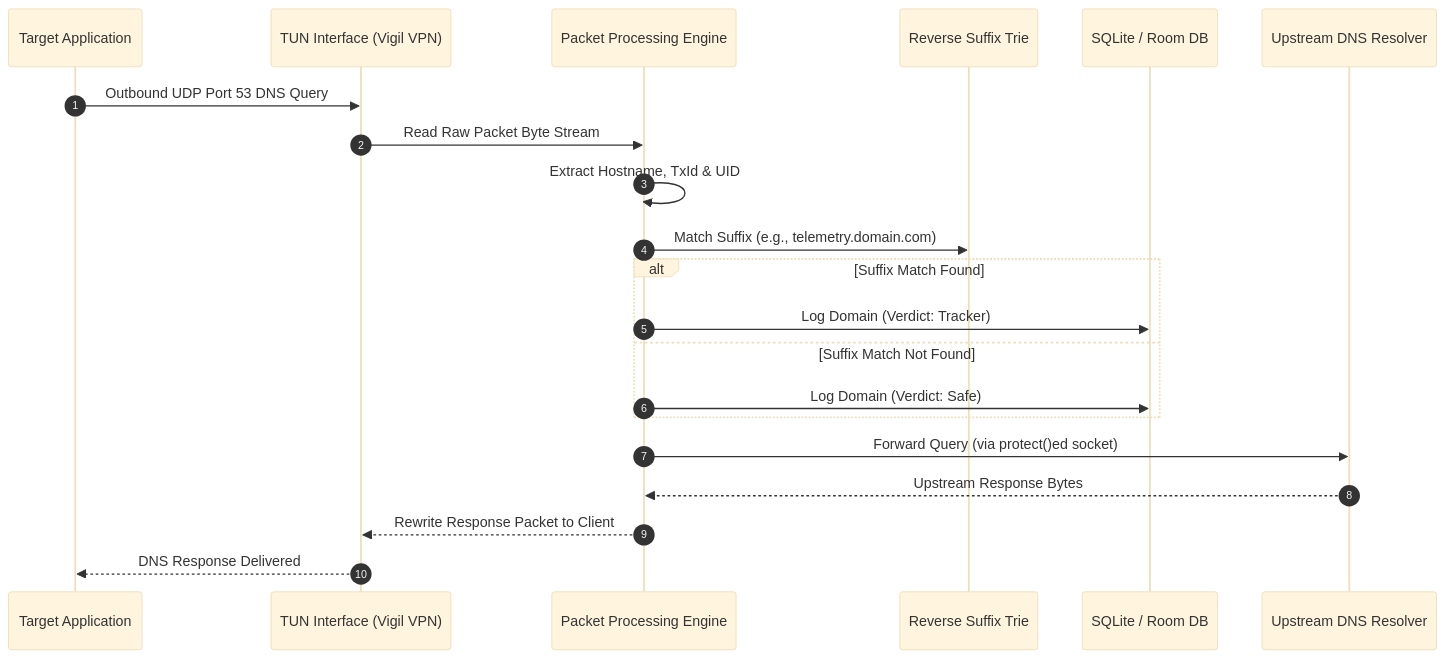
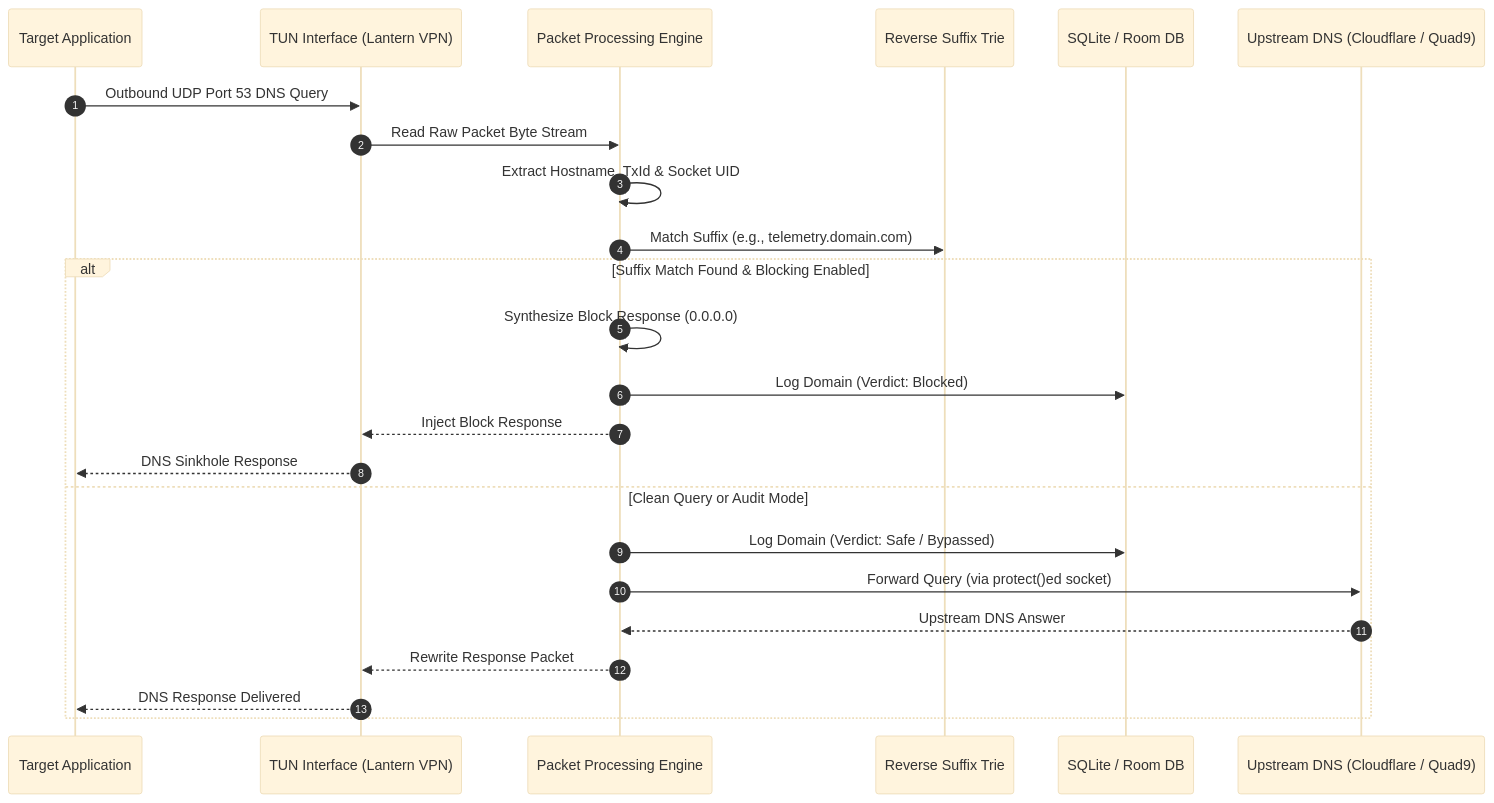
Before and after one commit to insaneodyssey26/lantern: the diagram in README.md, drawn with Mermaid (base theme). The commit also changed other lines of this file and 21 other files, not shown here.

````diff
--- a/README.md
+++ b/README.md
@@ -16,24 +31,27 @@
 ```mermaid
 sequenceDiagram
     autonumber
     participant App as Target Application
-    participant TUN as TUN Interface (Vigil VPN)
+    participant TUN as TUN Interface (Lantern VPN)
     participant Engine as Packet Processing Engine
     participant Trie as Reverse Suffix Trie
     participant DB as SQLite / Room DB
-    participant Net as Upstream DNS Resolver
+    participant Net as Upstream DNS (Cloudflare / Quad9)
 
     App->>TUN: Outbound UDP Port 53 DNS Query
     TUN->>Engine: Read Raw Packet Byte Stream
-    Engine->>Engine: Extract Hostname, TxId & UID
+    Engine->>Engine: Extract Hostname, TxId & Socket UID
     Engine->>Trie: Match Suffix (e.g., telemetry.domain.com)
-    alt Suffix Match Found
-        Engine->>DB: Log Domain (Verdict: Tracker)
-    else Suffix Match Not Found
-        Engine->>DB: Log Domain (Verdict: Safe)
+    alt Suffix Match Found & Blocking Enabled
+        Engine->>Engine: Synthesize Block Response (0.0.0.0)
+        Engine->>DB: Log Domain (Verdict: Blocked)
+        Engine-->>TUN: Inject Block Response
+        TUN-->>App: DNS Sinkhole Response
+    else Clean Query or Audit Mode
+        Engine->>DB: Log Domain (Verdict: Safe / Bypassed)
+        Engine->>Net: Forward Query (via protect()ed socket)
+        Net-->>Engine: Upstream DNS Answer
+        Engine-->>TUN: Rewrite Response Packet
+        TUN-->>App: DNS Response Delivered
     end
-    Engine->>Net: Forward Query (via protect()ed socket)
-    Net-->>Engine: Upstream Response Bytes
-    Engine-->>TUN: Rewrite Response Packet to Client
-    TUN-->>App: DNS Response Delivered
 ```
````
